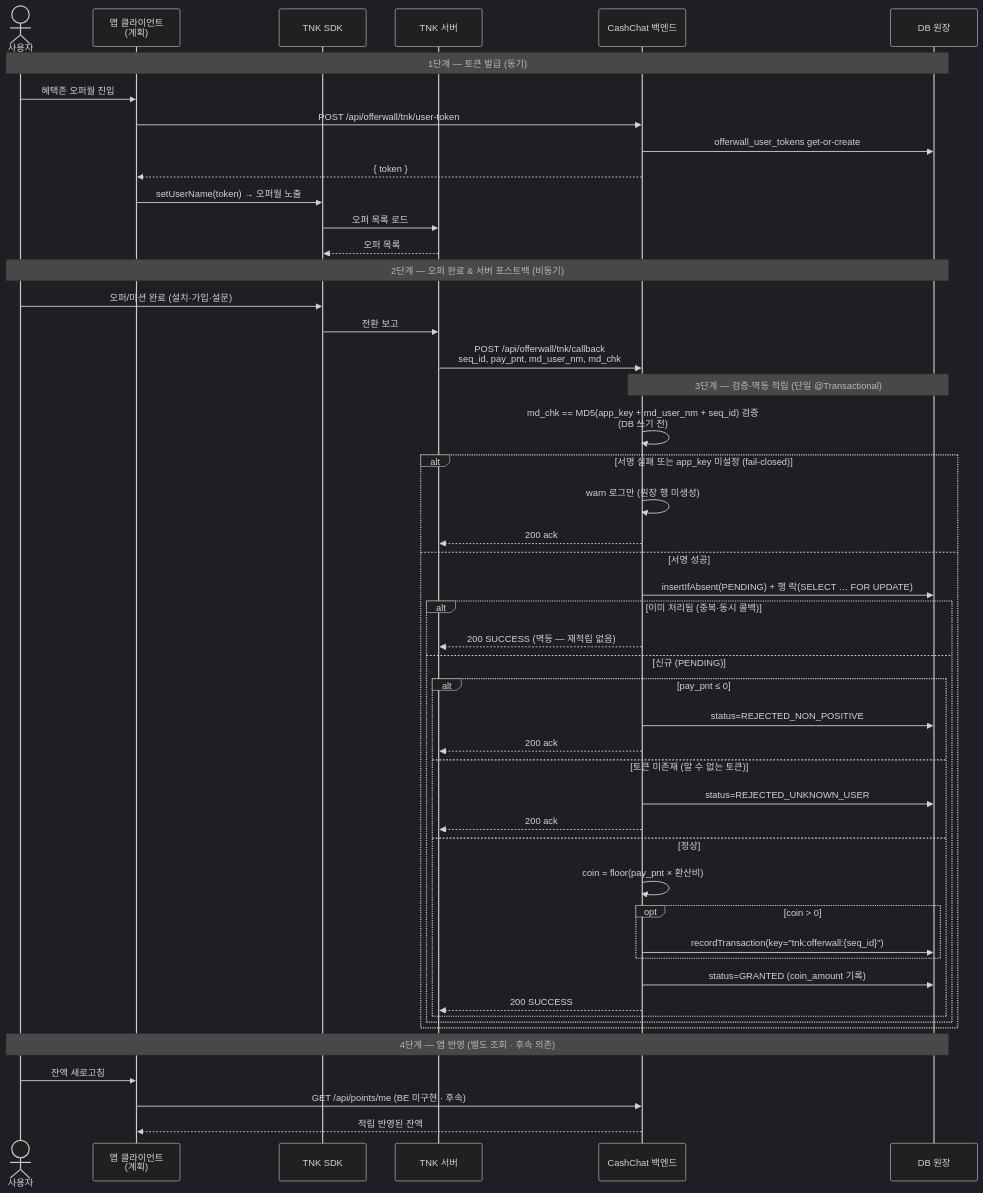
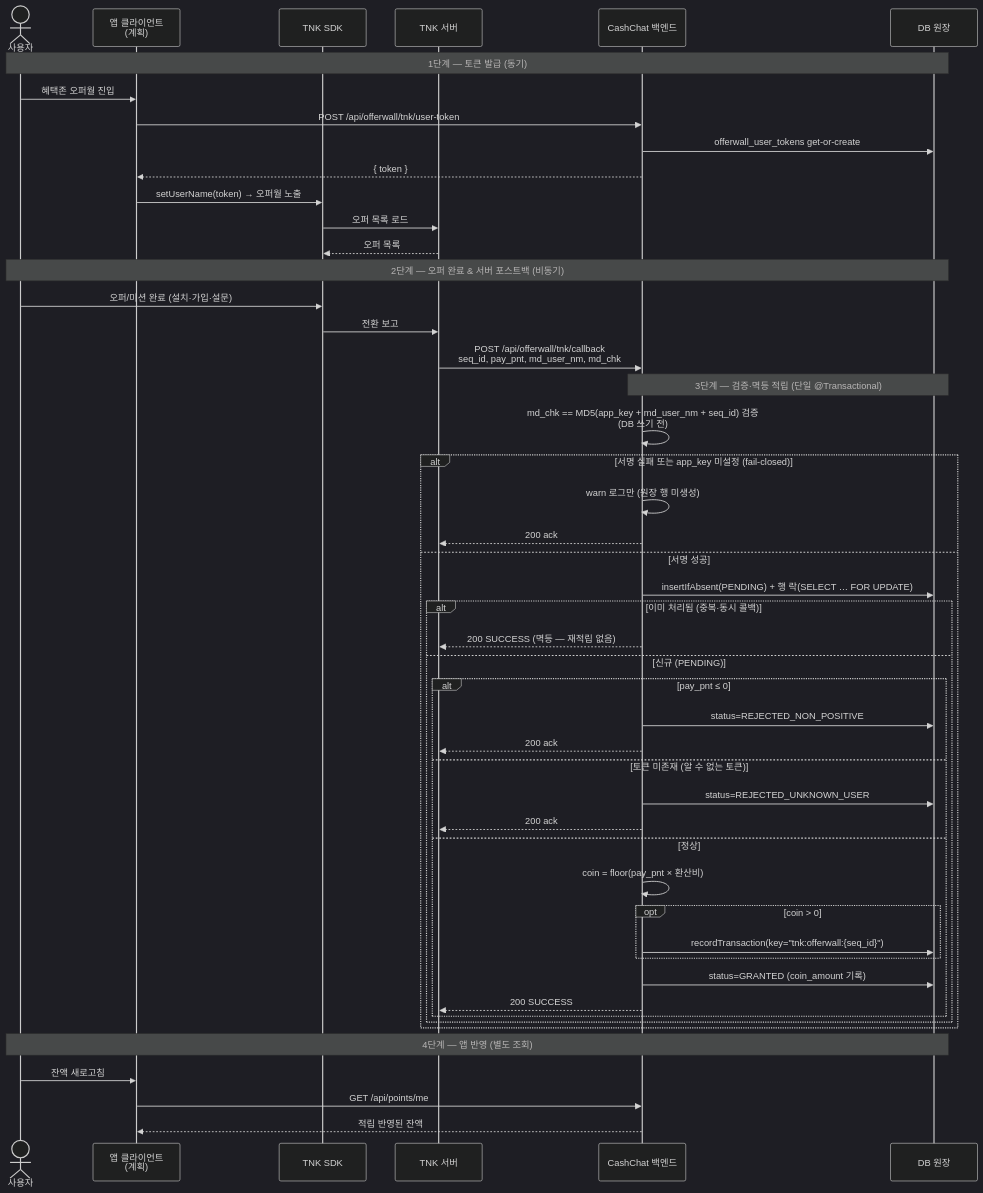
Before and after one commit to cash-chat-mvp/cash-chat-mvp: the second of 2 diagrams in docs/features/offerwall/architecture.md, drawn with Mermaid (dark theme). The commit also changed other lines of this file, not shown here.

Commit message:
docs: dev 머지 반영 — 잔액 조회 API 실존에 맞춰 '앱 반영' 단계 정정
dev 머지로 GET /api/points/me(PointController) 및 프론트
RemotePointsRepository가 추가·바인딩됨. 직전 '후속 의존(BE 미구현)'
표기를 제거하고, 잔액 반영 경로는 동작함을 명시(오퍼월 SDK 진입만 계획).

````diff
--- a/docs/features/offerwall/architecture.md
+++ b/docs/features/offerwall/architecture.md
@@ -76,55 +76,55 @@
 ```mermaid
 sequenceDiagram
     actor User as 사용자
     participant FE as 앱 클라이언트<br/>(계획)
     participant SDK as TNK SDK
     participant TNK as TNK 서버
     participant API as CashChat 백엔드
     participant DB as DB 원장
 
     Note over User,DB: 1단계 — 토큰 발급 (동기)
     User->>FE: 혜택존 오퍼월 진입
     FE->>API: POST /api/offerwall/tnk/user-token
     API->>DB: offerwall_user_tokens get-or-create
     API-->>FE: { token }
     FE->>SDK: setUserName(token) → 오퍼월 노출
     SDK->>TNK: 오퍼 목록 로드
     TNK-->>SDK: 오퍼 목록
 
     Note over User,DB: 2단계 — 오퍼 완료 & 서버 포스트백 (비동기)
     User->>SDK: 오퍼/미션 완료 (설치·가입·설문)
     SDK->>TNK: 전환 보고
     TNK->>API: POST /api/offerwall/tnk/callback<br/>seq_id, pay_pnt, md_user_nm, md_chk
 
     Note over API,DB: 3단계 — 검증·멱등 적립 (단일 @Transactional)
     API->>API: md_chk == MD5(app_key + md_user_nm + seq_id) 검증<br/>(DB 쓰기 전)
     alt 서명 실패 또는 app_key 미설정 (fail-closed)
         API->>API: warn 로그만 (원장 행 미생성)
         API-->>TNK: 200 ack
     else 서명 성공
         API->>DB: insertIfAbsent(PENDING) + 행 락(SELECT … FOR UPDATE)
         alt 이미 처리됨 (중복·동시 콜백)
             API-->>TNK: 200 SUCCESS (멱등 — 재적립 없음)
         else 신규 (PENDING)
             alt pay_pnt ≤ 0
                 API->>DB: status=REJECTED_NON_POSITIVE
                 API-->>TNK: 200 ack
             else 토큰 미존재 (알 수 없는 토큰)
                 API->>DB: status=REJECTED_UNKNOWN_USER
                 API-->>TNK: 200 ack
             else 정상
                 API->>API: coin = floor(pay_pnt × 환산비)
                 opt coin > 0
                     API->>DB: recordTransaction(key="tnk:offerwall:{seq_id}")
                 end
                 API->>DB: status=GRANTED (coin_amount 기록)
                 API-->>TNK: 200 SUCCESS
             end
         end
     end
 
-    Note over User,DB: 4단계 — 앱 반영 (별도 조회 · 후속 의존)
+    Note over User,DB: 4단계 — 앱 반영 (별도 조회)
     User->>FE: 잔액 새로고침
-    FE->>API: GET /api/points/me (BE 미구현 · 후속)
+    FE->>API: GET /api/points/me
     API-->>FE: 적립 반영된 잔액
 ```
````
